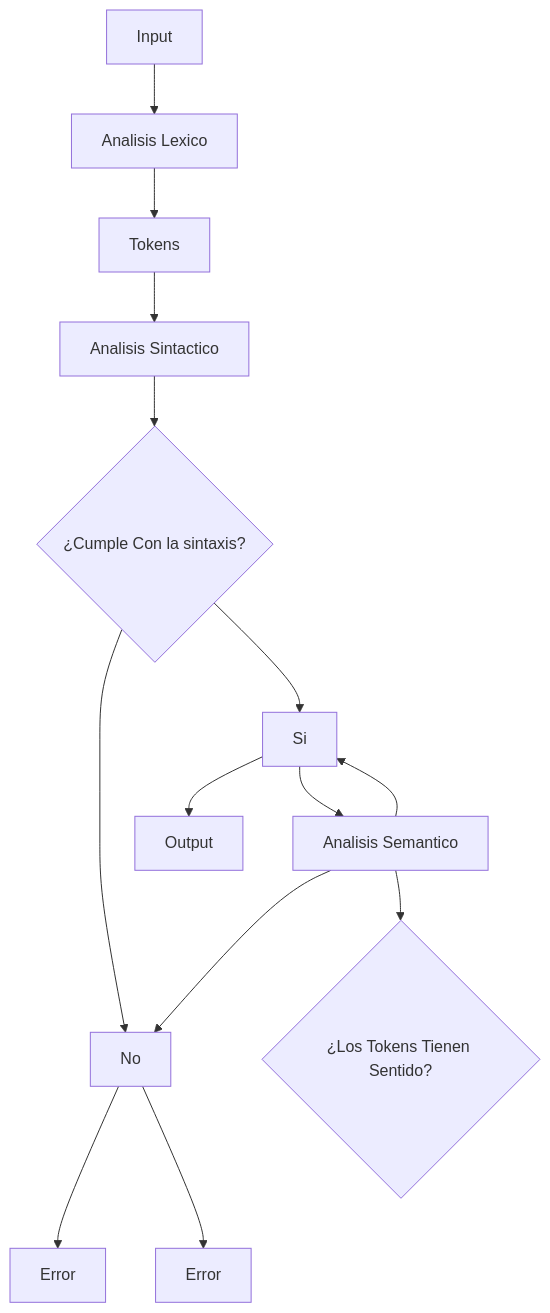
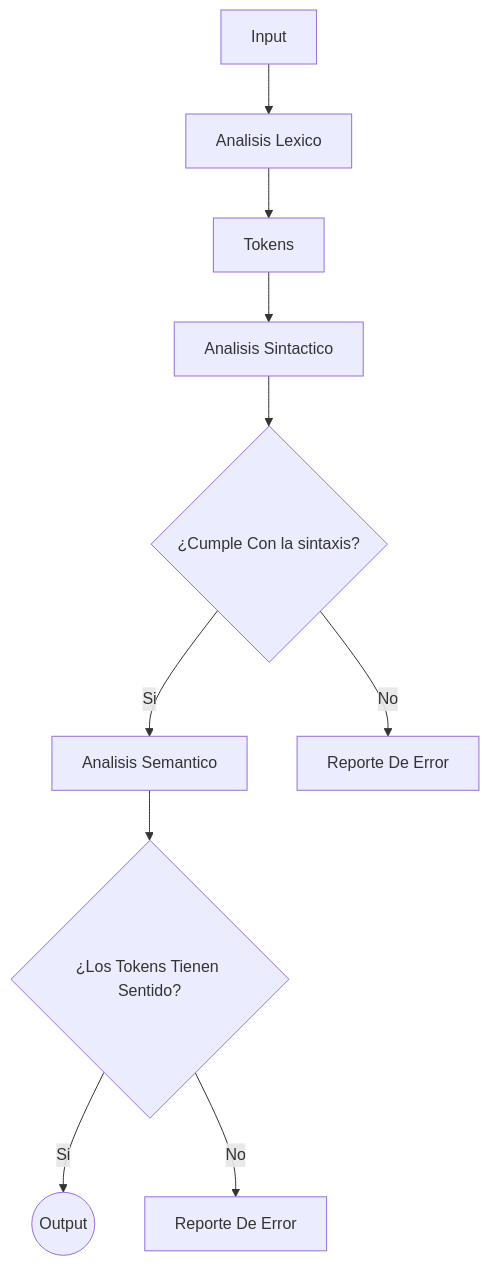
The diagram in Compilador Parra/README.md (HiperB1/Portafolio), drawn with Mermaid before and after one commit.

````diff
--- a/Compilador Parra/README.md
+++ b/Compilador Parra/README.md
@@ -7,13 +7,14 @@
 ```mermaid
 flowchart TD
     A[Input] --> B[Analisis Lexico]
     B --> C[Tokens]
     C --> D[Analisis Sintactico]
     D --> E{¿Cumple Con la sintaxis?}
-    E --> Si --> F[Analisis Semantico]
-    E --> No --> G[Error]
-    F --> I{¿Los Tokens Tienen Sentido?}
-    F --> Si --> P[Output]
-    F --> No --> K[Error]
+    E --> |Si| F[Analisis Semantico]
+    E --> |No| G[Reporte De Error]
+    F --> H{¿Los Tokens Tienen Sentido?}
+    H --> |Si| I((Output))
+    H --> |No| J[Reporte De Error]
+
 
 ```
````
